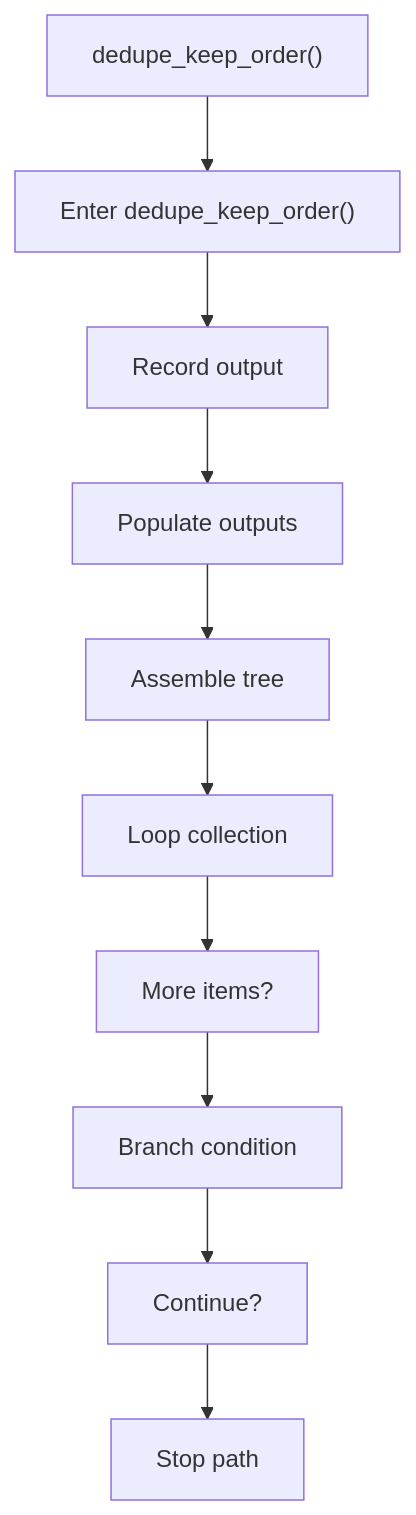
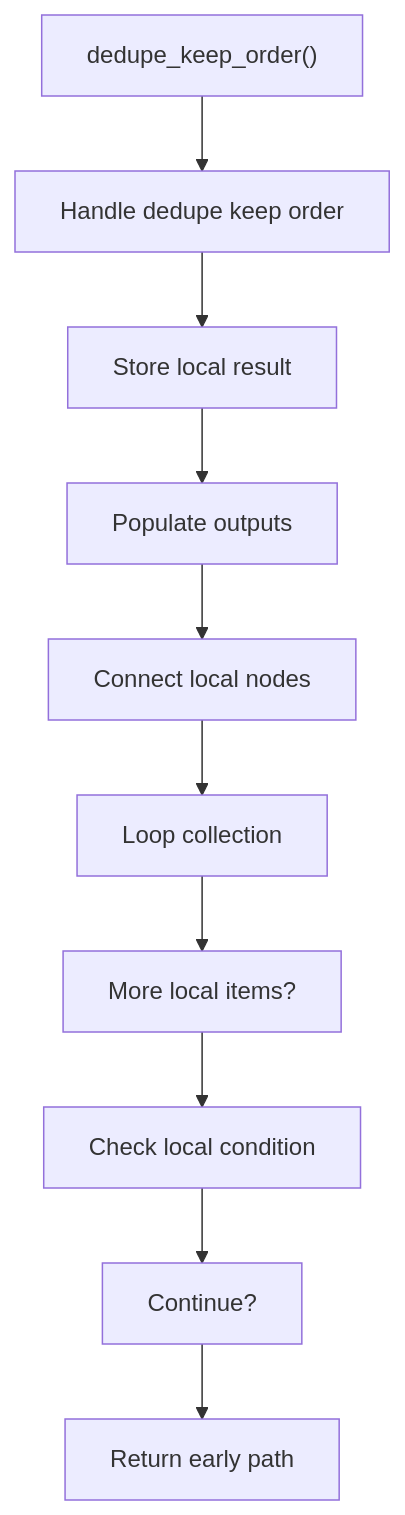
The first of 2 diagrams in docs/Codebase/Microservice/Modules/Source/HashingMechanism/HashLinks/Common/Flow/functions/dedupe_keep_order.cpp.md (JohnAndrewBalbarosa/NeoTerritory), drawn with Mermaid before and after one commit. The commit also changed other lines of this file and 925 other files, not shown here.

````diff
--- a/docs/Codebase/Microservice/Modules/Source/HashingMechanism/HashLinks/Common/Flow/functions/dedupe_keep_order.cpp.md
+++ b/docs/Codebase/Microservice/Modules/Source/HashingMechanism/HashLinks/Common/Flow/functions/dedupe_keep_order.cpp.md
@@ -27,22 +27,22 @@
 ```mermaid
 flowchart TD
     N0["dedupe_keep_order()"]
-    N1["Enter dedupe_keep_order()"]
-    N2["Record output"]
+    N1["Handle dedupe keep order"]
+    N2["Store local result"]
     N3["Populate outputs"]
-    N4["Assemble tree"]
+    N4["Connect local nodes"]
     N5["Loop collection"]
-    N6["More items?"]
-    N7["Branch condition"]
+    N6["More local items?"]
+    N7["Check local condition"]
     N8["Continue?"]
-    N9["Stop path"]
+    N9["Return early path"]
     N0 --> N1
     N1 --> N2
     N2 --> N3
     N3 --> N4
     N4 --> N5
     N5 --> N6
     N6 --> N7
     N7 --> N8
     N8 --> N9
 ```
````
